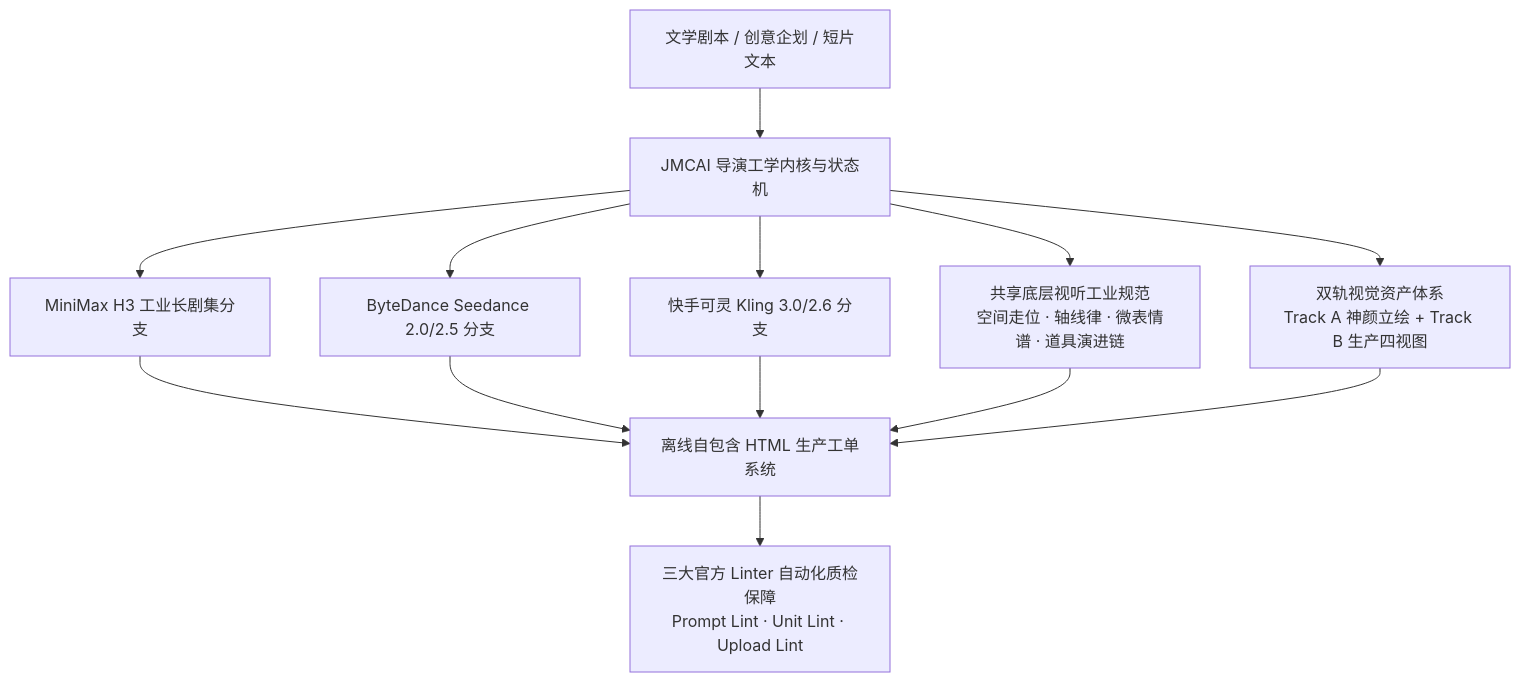
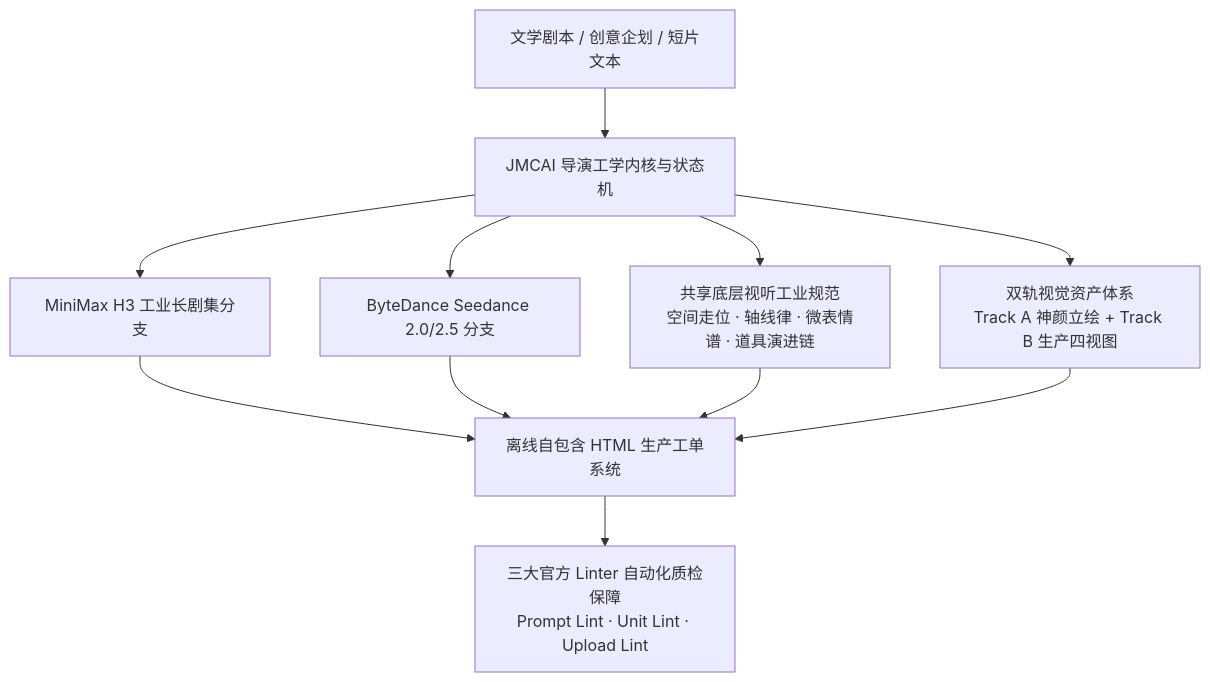
Before and after one commit to allen-Jmc/jmcai-shotlist-builder: the diagram in README.md, drawn with Mermaid. The commit also changed other lines of this file and 2 other files, not shown here.

First line of the commit message:
fix: drop unreleased Kling branch and wire PLAN_TYPES into SKILL.md

````diff
--- a/README.md
+++ b/README.md
@@ -15,14 +15,13 @@
 ```mermaid
 graph TD
     A[文学剧本 / 创意企划 / 短片文本] --> B[JMCAI 导演工学内核与状态机]
     
     B --> C1[MiniMax H3 工业长剧集分支]
     B --> C2[ByteDance Seedance 2.0/2.5 分支]
-    B --> C3[快手可灵 Kling 3.0/2.6 分支]
 
     B --> D[共享底层视听工业规范<br/>空间走位 · 轴线律 · 微表情谱 · 道具演进链]
     B --> E[双轨视觉资产体系<br/>Track A 神颜立绘 + Track B 生产四视图]
 
-    C1 & C2 & C3 & D & E --> F[离线自包含 HTML 生产工单系统]
+    C1 & C2 & D & E --> F[离线自包含 HTML 生产工单系统]
     F --> G[三大官方 Linter 自动化质检保障<br/>Prompt Lint · Unit Lint · Upload Lint]
 ```
````
